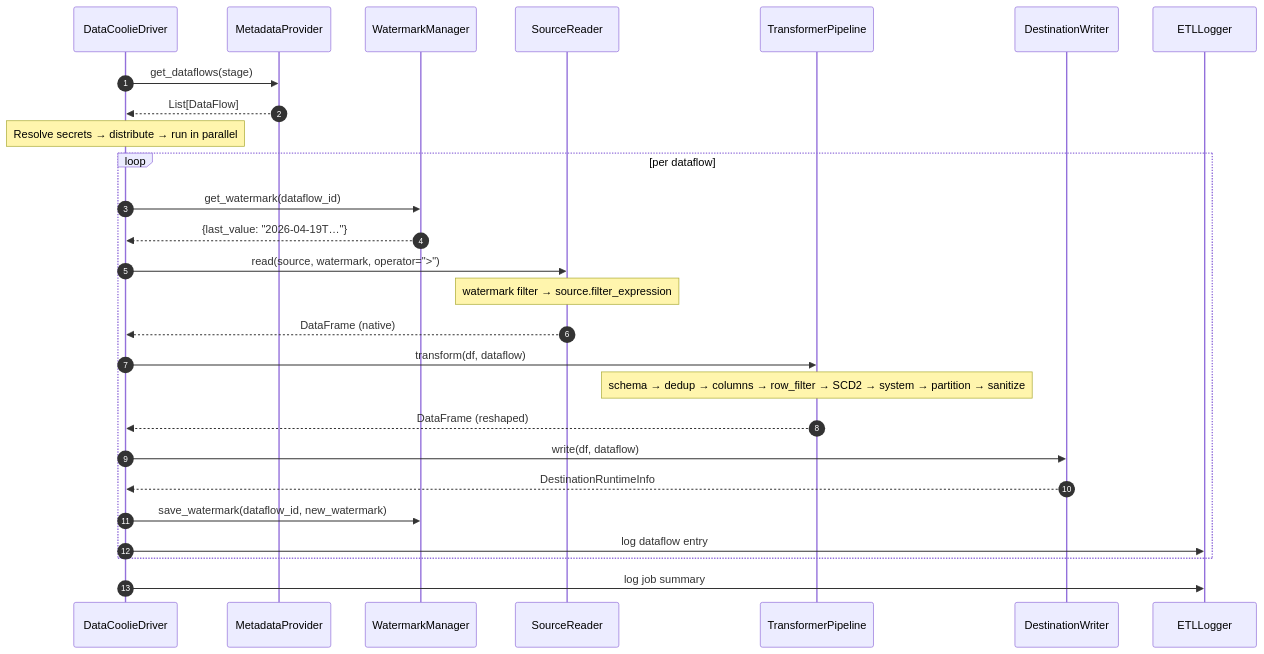
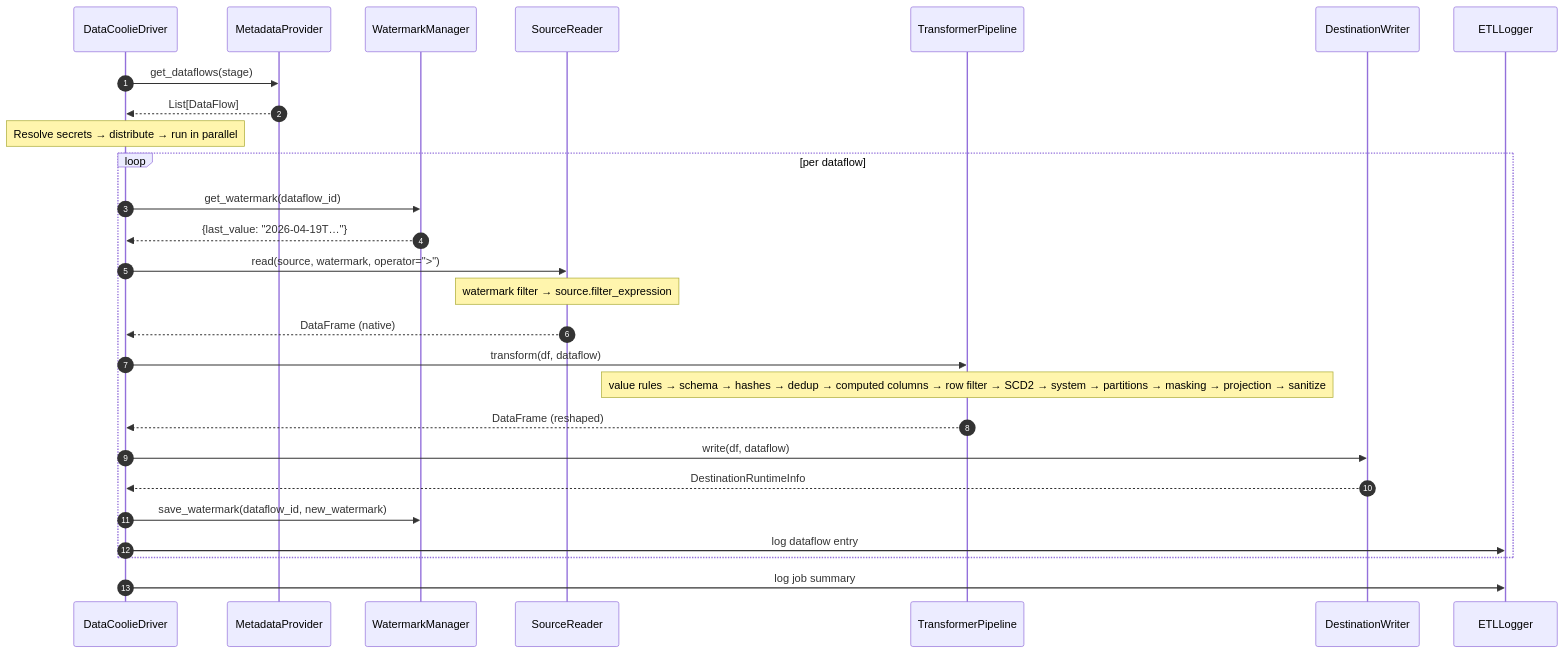
Before and after one commit to datacoolie/datacoolie: the third of 3 diagrams in docs/concepts/architecture.md, drawn with Mermaid. The commit also changed other lines of this file and 73 other files, not shown here.

````diff
--- a/docs/concepts/architecture.md
+++ b/docs/concepts/architecture.md
@@ -101,31 +101,31 @@
 ```mermaid
 sequenceDiagram
     autonumber
     participant Drv as DataCoolieDriver
     participant MP as MetadataProvider
     participant WM as WatermarkManager
     participant SR as SourceReader
     participant TP as TransformerPipeline
     participant DW as DestinationWriter
     participant EL as ETLLogger
 
     Drv->>MP: get_dataflows(stage)
     MP-->>Drv: List[DataFlow]
     Note over Drv: Resolve secrets → distribute → run in parallel
 
     loop per dataflow
       Drv->>WM: get_watermark(dataflow_id)
       WM-->>Drv: {last_value: "2026-04-19T…"}
       Drv->>SR: read(source, watermark, operator=">")
       Note over SR: watermark filter → source.filter_expression
       SR-->>Drv: DataFrame (native)
       Drv->>TP: transform(df, dataflow)
-      Note over TP: schema → dedup → columns → row_filter → SCD2 → system → partition → sanitize
+      Note over TP: value rules → schema → hashes → dedup → computed columns → row filter → SCD2 → system → partitions → masking → projection → sanitize
       TP-->>Drv: DataFrame (reshaped)
       Drv->>DW: write(df, dataflow)
       DW-->>Drv: DestinationRuntimeInfo
       Drv->>WM: save_watermark(dataflow_id, new_watermark)
       Drv->>EL: log dataflow entry
     end
     Drv->>EL: log job summary
 ```
````
